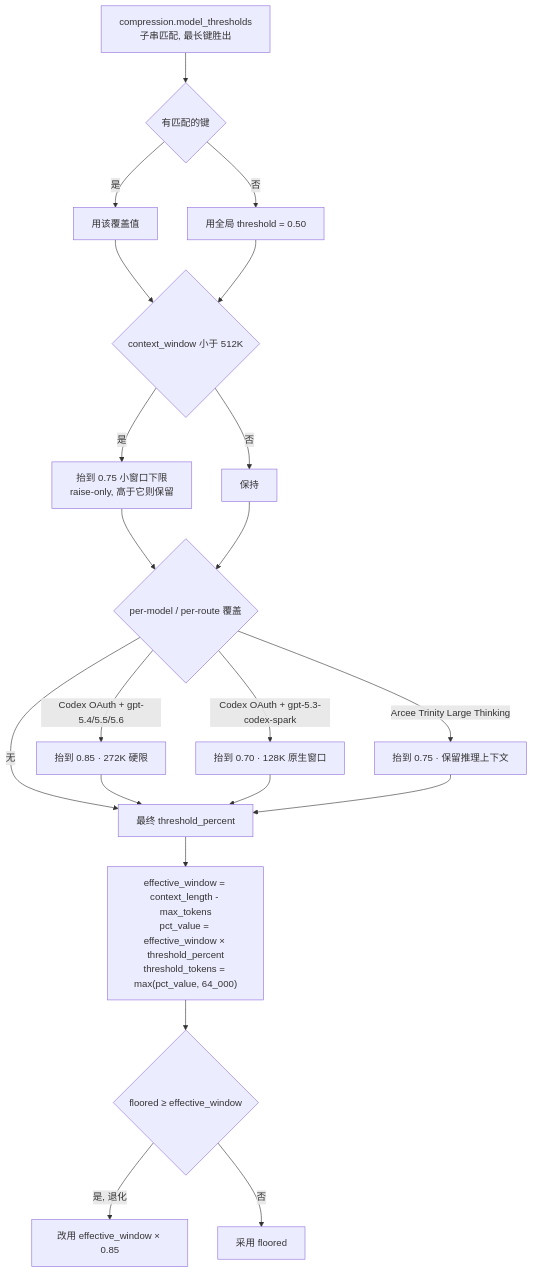
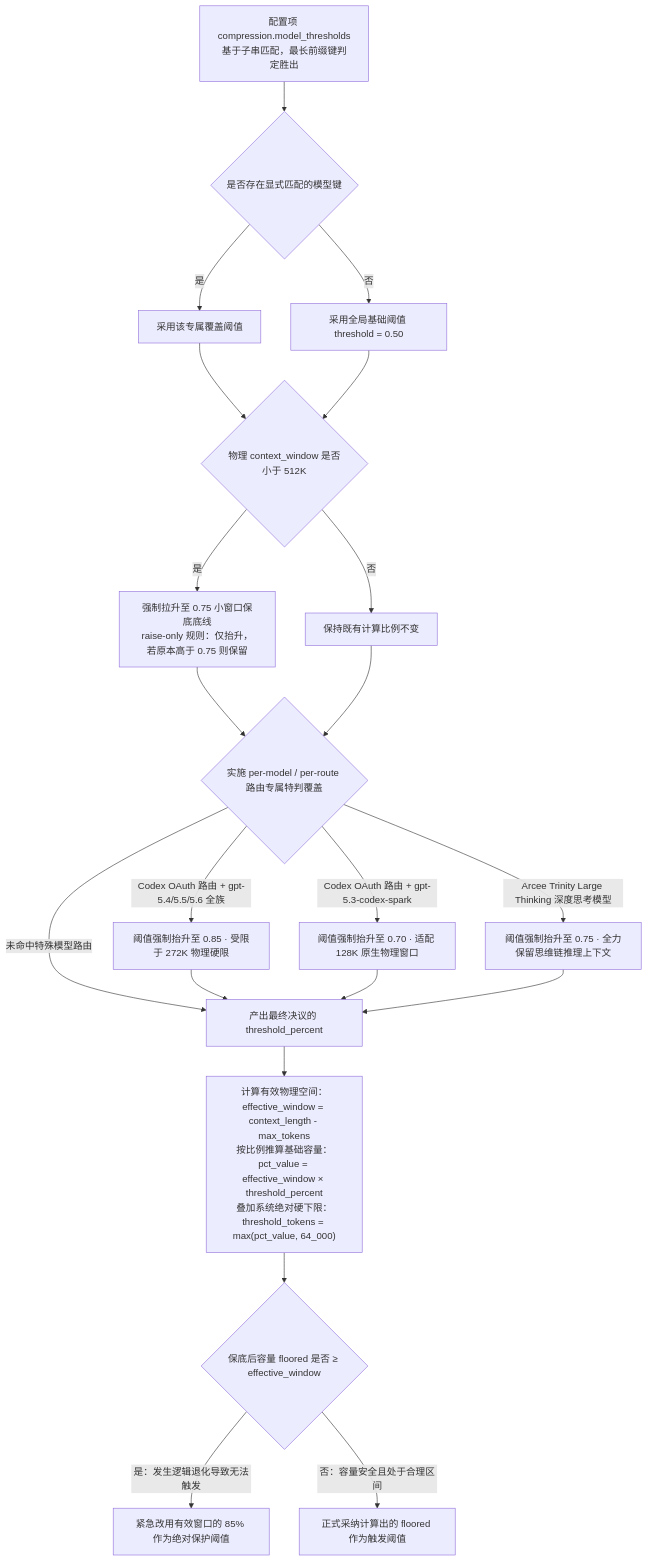
Before and after one commit to caiboyang/ML-learning: the ninth of 19 diagrams in agent-context-compression/Agent_Context_Compression_Research.md, drawn with Mermaid. The commit also changed other lines of this file and 4 other files, not shown here.

````diff
--- a/agent-context-compression/Agent_Context_Compression_Research.md
+++ b/agent-context-compression/Agent_Context_Compression_Research.md
@@ -801,23 +803,23 @@
 ```mermaid
 flowchart TD
-    A["compression.model_thresholds<br/>子串匹配, 最长键胜出"] --> B{"有匹配的键"}
-    B -->|"是"| C["用该覆盖值"]
-    B -->|"否"| D["用全局 threshold = 0.50"]
-    C --> E{"context_window 小于 512K"}
+    A["配置项 compression.model_thresholds<br/>基于子串匹配，最长前缀键判定胜出"] --> B{"是否存在显式匹配的模型键"}
+    B -->|"是"| C["采用该专属覆盖阈值"]
+    B -->|"否"| D["采用全局基础阈值 threshold = 0.50"]
+    C --> E{"物理 context_window 是否小于 512K"}
     D --> E
-    E -->|"是"| F["抬到 0.75 小窗口下限<br/>raise-only, 高于它则保留"]
-    E -->|"否"| G["保持"]
-    F --> H{"per-model / per-route 覆盖"}
+    E -->|"是"| F["强制拉升至 0.75 小窗口保底底线<br/>raise-only 规则：仅抬升，若原本高于 0.75 则保留"]
+    E -->|"否"| G["保持既有计算比例不变"]
+    F --> H{"实施 per-model / per-route 路由专属特判覆盖"}
     G --> H
-    H -->|"Codex OAuth + gpt-5.4/5.5/5.6"| I["抬到 0.85 · 272K 硬限"]
-    H -->|"Codex OAuth + gpt-5.3-codex-spark"| I2["抬到 0.70 · 128K 原生窗口"]
-    H -->|"Arcee Trinity Large Thinking"| I3["抬到 0.75 · 保留推理上下文"]
-    H -->|"无"| J["最终 threshold_percent"]
+    H -->|"Codex OAuth 路由 + gpt-5.4/5.5/5.6 全族"| I["阈值强制抬升至 0.85 · 受限于 272K 物理硬限"]
+    H -->|"Codex OAuth 路由 + gpt-5.3-codex-spark"| I2["阈值强制抬升至 0.70 · 适配 128K 原生物理窗口"]
+    H -->|"Arcee Trinity Large Thinking 深度思考模型"| I3["阈值强制抬升至 0.75 · 全力保留思维链推理上下文"]
+    H -->|"未命中特殊模型路由"| J["产出最终决议的 threshold_percent"]
     I --> J
     I2 --> J
     I3 --> J
-    J --> K["effective_window = context_length - max_tokens<br/>pct_value = effective_window × threshold_percent<br/>threshold_tokens = max(pct_value, 64_000)"]
-    K --> L{"floored ≥ effective_window"}
-    L -->|"是, 退化"| M["改用 effective_window × 0.85"]
-    L -->|"否"| N["采用 floored"]
+    J --> K["计算有效物理空间：effective_window = context_length - max_tokens<br/>按比例推算基础容量：pct_value = effective_window × threshold_percent<br/>叠加系统绝对硬下限：threshold_tokens = max(pct_value, 64_000)"]
+    K --> L{"保底后容量 floored 是否 ≥ effective_window"}
+    L -->|"是：发生逻辑退化导致无法触发"| M["紧急改用有效窗口的 85% 作为绝对保护阈值"]
+    L -->|"否：容量安全且处于合理区间"| N["正式采纳计算出的 floored 作为触发阈值"]
 ```
````
